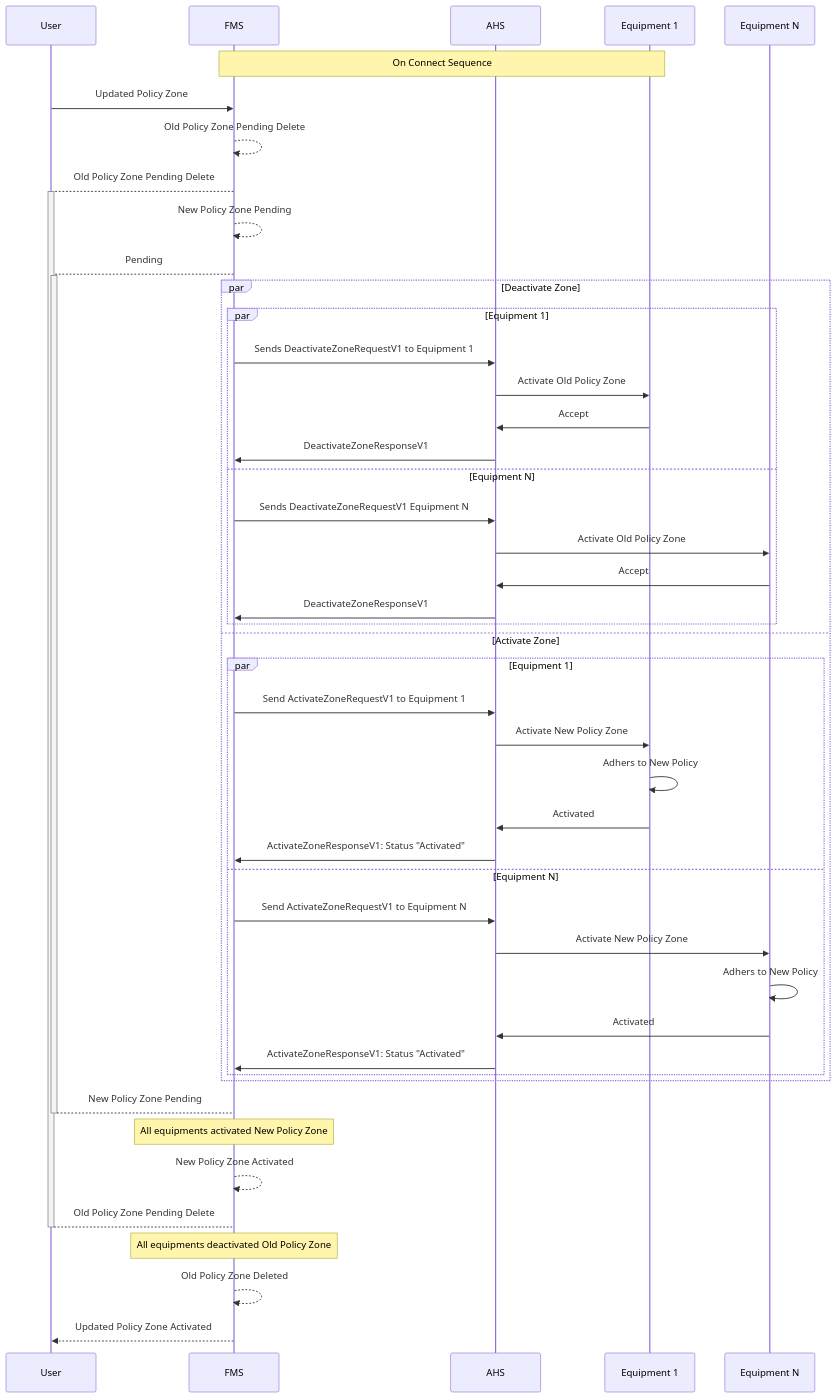
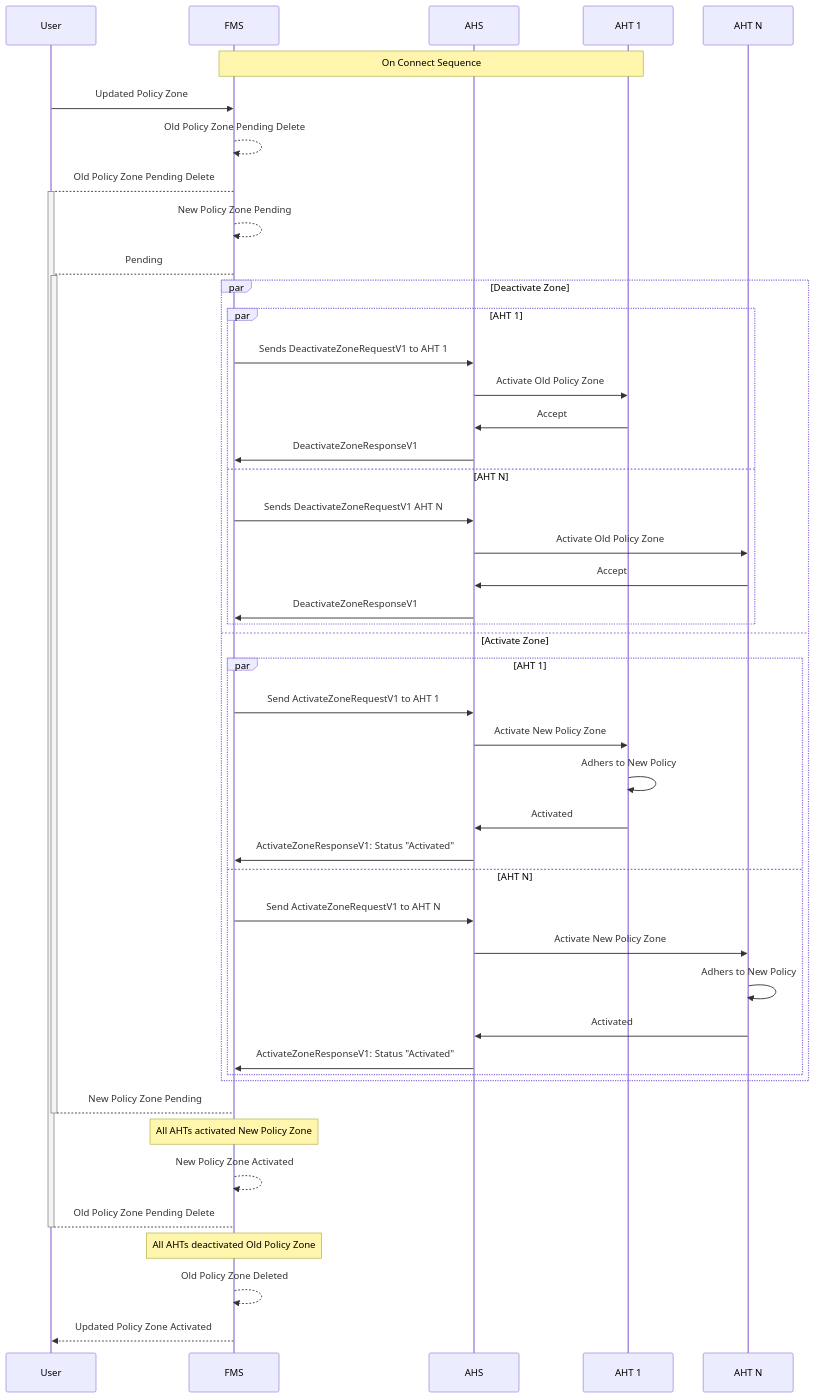
One commit to open-autonomy/zone changed the diagram in diagram/PolicyZoneUpdated.md. Above: the diagram before and after it, drawn with Mermaid. The commit also changed other lines of this file and 15 other files, not shown here.

Commit message:
updated language equipment to AHT

````diff
--- a/diagram/PolicyZoneUpdated.md
+++ b/diagram/PolicyZoneUpdated.md
@@ -6,54 +6,54 @@
 ```mermaid
 sequenceDiagram
     participant User
     participant FMS
     participant AHS
-    participant Equipment 1
-    participant Equipment N
+    participant AHT 1
+    participant AHT N
 
-    Note over FMS,Equipment 1: On Connect Sequence
+    Note over FMS,AHT 1: On Connect Sequence
     User->>FMS: Updated Policy Zone
     FMS-->>FMS: Old Policy Zone Pending Delete
     FMS-->+User: Old Policy Zone Pending Delete
     FMS-->>FMS: New Policy Zone Pending
     FMS-->+User: Pending
 
     par Deactivate Zone
-        par Equipment 1
-            FMS->>AHS: Sends DeactivateZoneRequestV1 to Equipment 1
-            AHS->>Equipment 1: Activate Old Policy Zone
-            Equipment 1->>AHS: Accept
+        par AHT 1
+            FMS->>AHS: Sends DeactivateZoneRequestV1 to AHT 1
+            AHS->>AHT 1: Activate Old Policy Zone
+            AHT 1->>AHS: Accept
             AHS->>FMS: DeactivateZoneResponseV1
-        and Equipment N
-            FMS->>AHS: Sends DeactivateZoneRequestV1 Equipment N
-            AHS->>Equipment N: Activate Old Policy Zone
-            Equipment N->>AHS: Accept
+        and AHT N
+            FMS->>AHS: Sends DeactivateZoneRequestV1 AHT N
+            AHS->>AHT N: Activate Old Policy Zone
+            AHT N->>AHS: Accept
             AHS->>FMS: DeactivateZoneResponseV1
         end
 
     and Activate Zone
-        par Equipment 1
-            FMS->>AHS: Send ActivateZoneRequestV1 to Equipment 1
-            AHS->>Equipment 1: Activate New Policy Zone
-            Equipment 1->>Equipment 1: Adhers to New Policy
-            Equipment 1->>AHS: Activated
+        par AHT 1
+            FMS->>AHS: Send ActivateZoneRequestV1 to AHT 1
+            AHS->>AHT 1: Activate New Policy Zone
+            AHT 1->>AHT 1: Adhers to New Policy
+            AHT 1->>AHS: Activated
             AHS->>FMS: ActivateZoneResponseV1: Status "Activated"
-        and Equipment N
-            FMS->>AHS: Send ActivateZoneRequestV1 to Equipment N
-            AHS->>Equipment N: Activate New Policy Zone
-            Equipment N->>Equipment N: Adhers to New Policy
-            Equipment N->>AHS: Activated
+        and AHT N
+            FMS->>AHS: Send ActivateZoneRequestV1 to AHT N
+            AHS->>AHT N: Activate New Policy Zone
+            AHT N->>AHT N: Adhers to New Policy
+            AHT N->>AHS: Activated
             AHS->>FMS: ActivateZoneResponseV1: Status "Activated"
         end
     end
     
     User-->-FMS: New Policy Zone Pending
-    Note Over FMS: All equipments activated New Policy Zone
+    Note Over FMS: All AHTs activated New Policy Zone
     FMS-->>FMS: New Policy Zone Activated
 
     User-->-FMS: Old Policy Zone Pending Delete
-    Note Over FMS: All equipments deactivated Old Policy Zone
+    Note Over FMS: All AHTs deactivated Old Policy Zone
     FMS-->>FMS: Old Policy Zone Deleted
 
     FMS-->>User: Updated Policy Zone Activated
 ```
````
